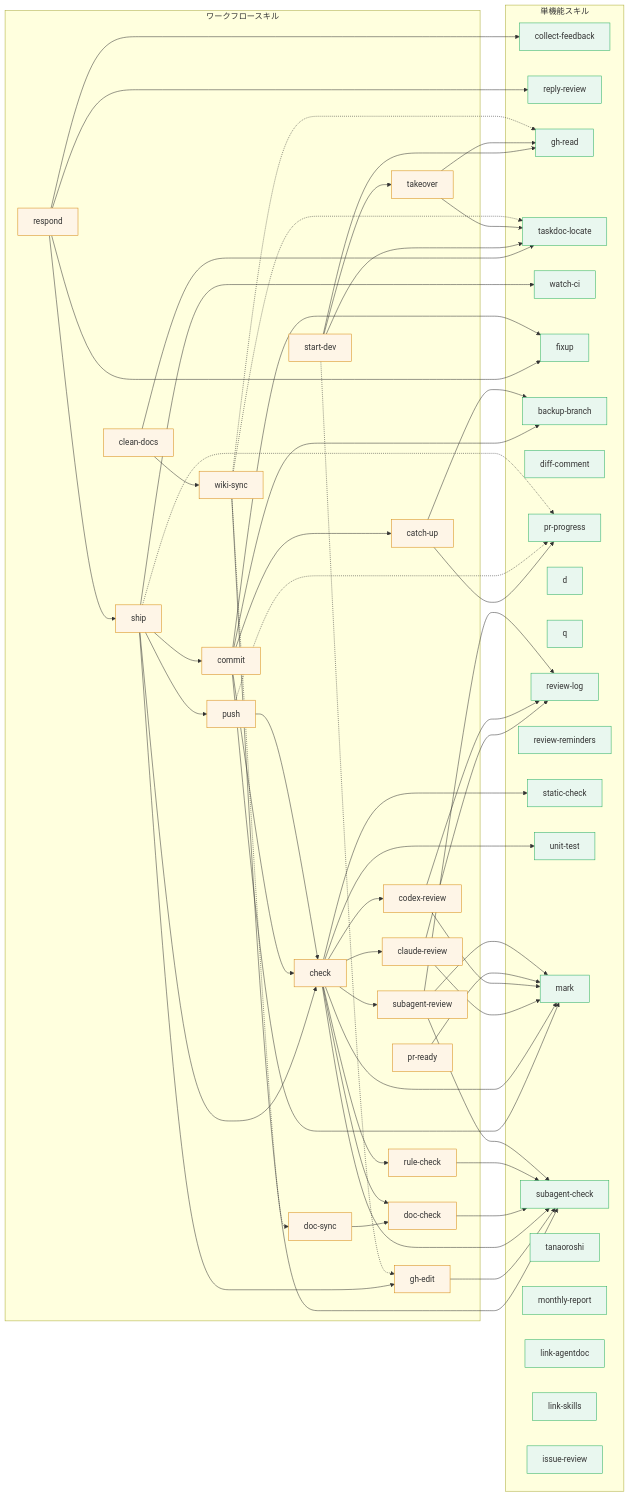
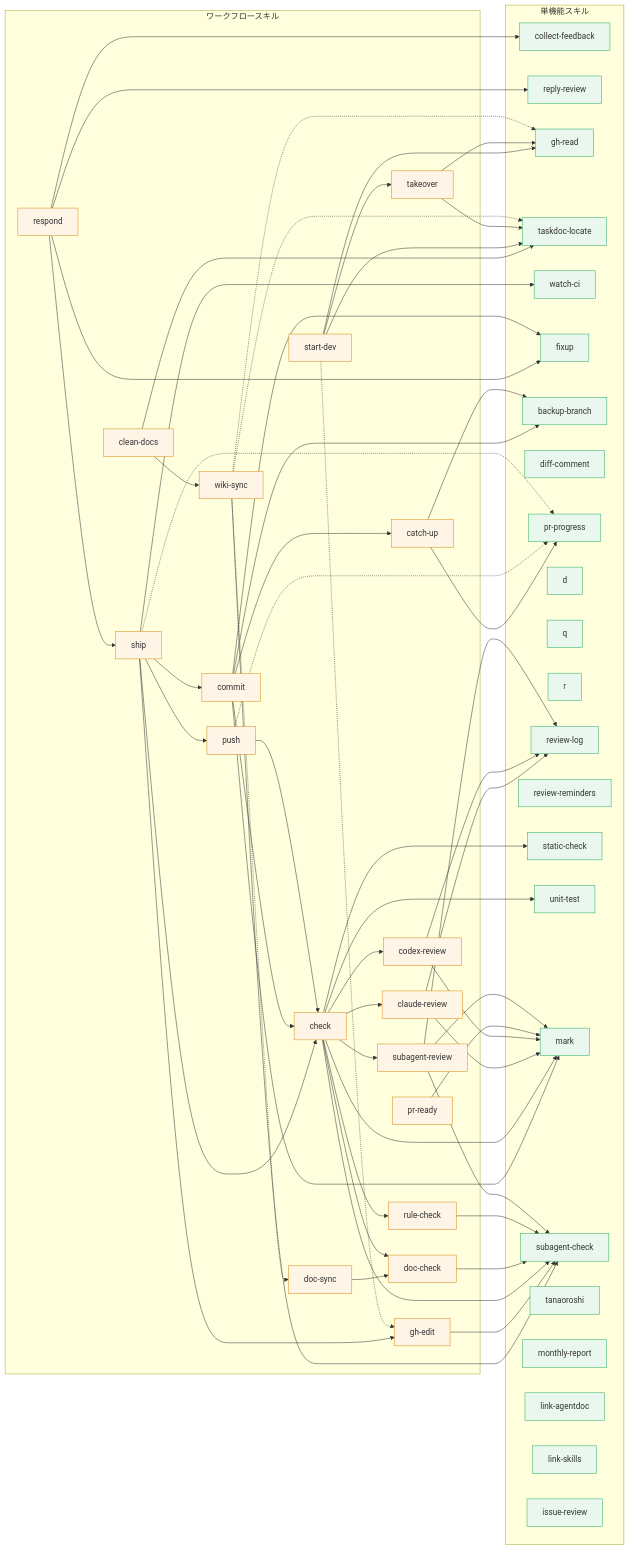
One commit to mistbind3u88/bonsai changed the second of 2 diagrams in README.md. Above: the diagram before and after it, drawn with Mermaid. The commit also changed other lines of this file and 4 other files, not shown here.

```diff
--- a/README.md
+++ b/README.md
@@ -139,6 +140,7 @@
         pr-progress:::single
         d:::single
         q:::single
+        r:::single
         review-log:::single
         review-reminders:::single
         static-check:::single
```
